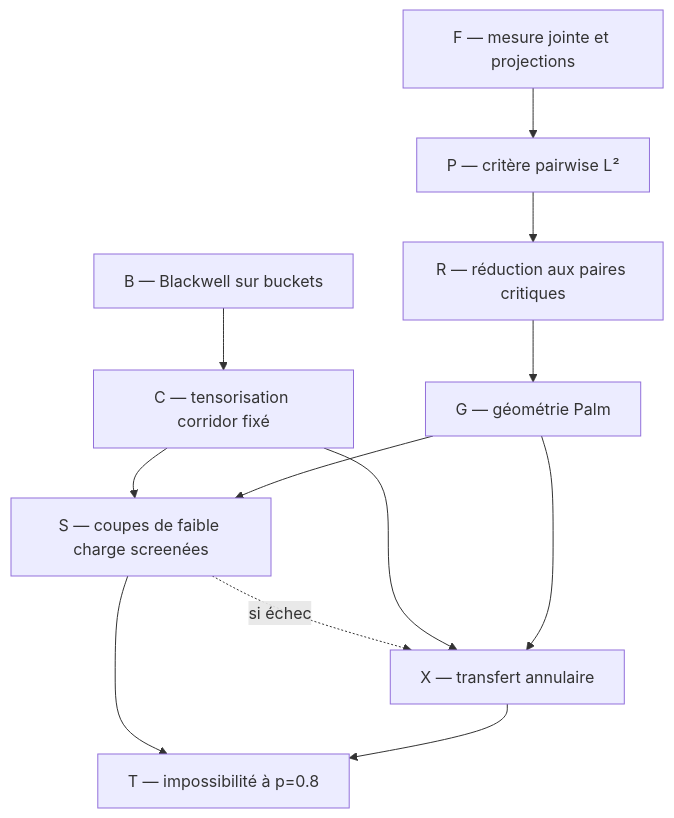
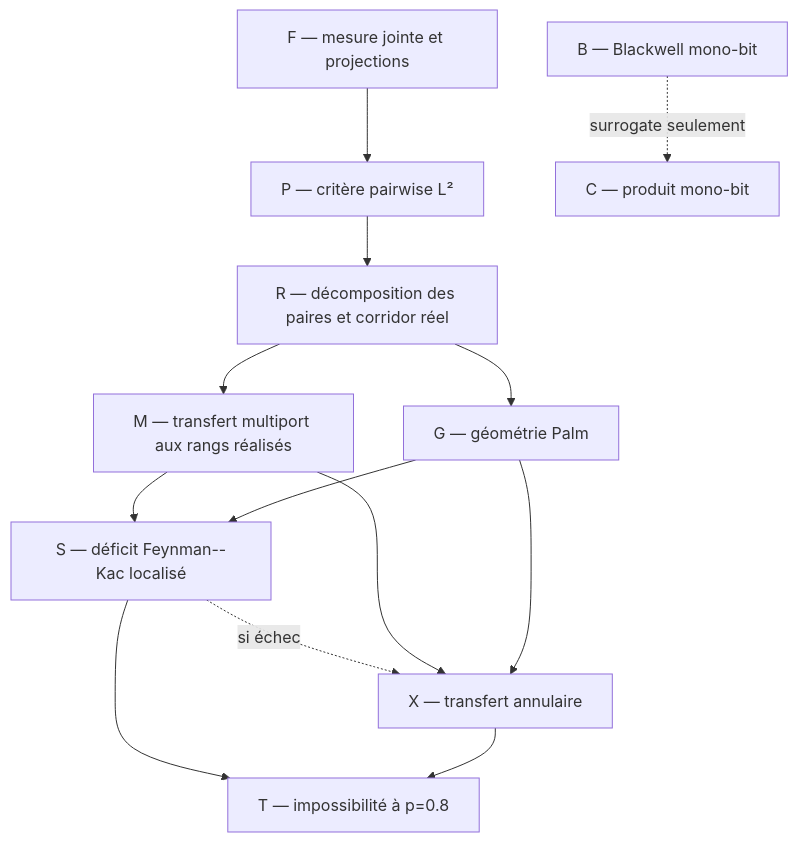
One commit to Ludwig-H/Presentation-MathNet-2026-06-15 changed the diagram in research/hierarchical-swendsen-wang/05_PROOF_ROADMAP.md. Above: the diagram before and after it, drawn with Mermaid. The commit also changed other lines of this file and 58 other files, not shown here.

````diff
--- a/research/hierarchical-swendsen-wang/05_PROOF_ROADMAP.md
+++ b/research/hierarchical-swendsen-wang/05_PROOF_ROADMAP.md
@@ -50,14 +54,15 @@
 ```mermaid
 flowchart TD
     F["F — mesure jointe et projections"] --> P["P — critère pairwise L²"]
-    P --> R["R — réduction aux paires critiques"]
-    B["B — Blackwell sur buckets"] --> C["C — tensorisation corridor fixé"]
+    P --> R["R — décomposition des paires et corridor réel"]
+    B["B — Blackwell mono-bit"] -. "surrogate seulement" .-> C["C — produit mono-bit"]
+    R --> M["M — transfert multiport aux rangs réalisés"]
     R --> G["G — géométrie Palm"]
-    C --> S["S — coupes de faible charge screenées"]
+    M --> S["S — déficit Feynman--Kac localisé"]
     G --> S
     S --> T["T — impossibilité à p=0.8"]
     S -. "si échec" .-> X["X — transfert annulaire"]
-    C --> X
+    M --> X
     G --> X
     X --> T
 ```
````
